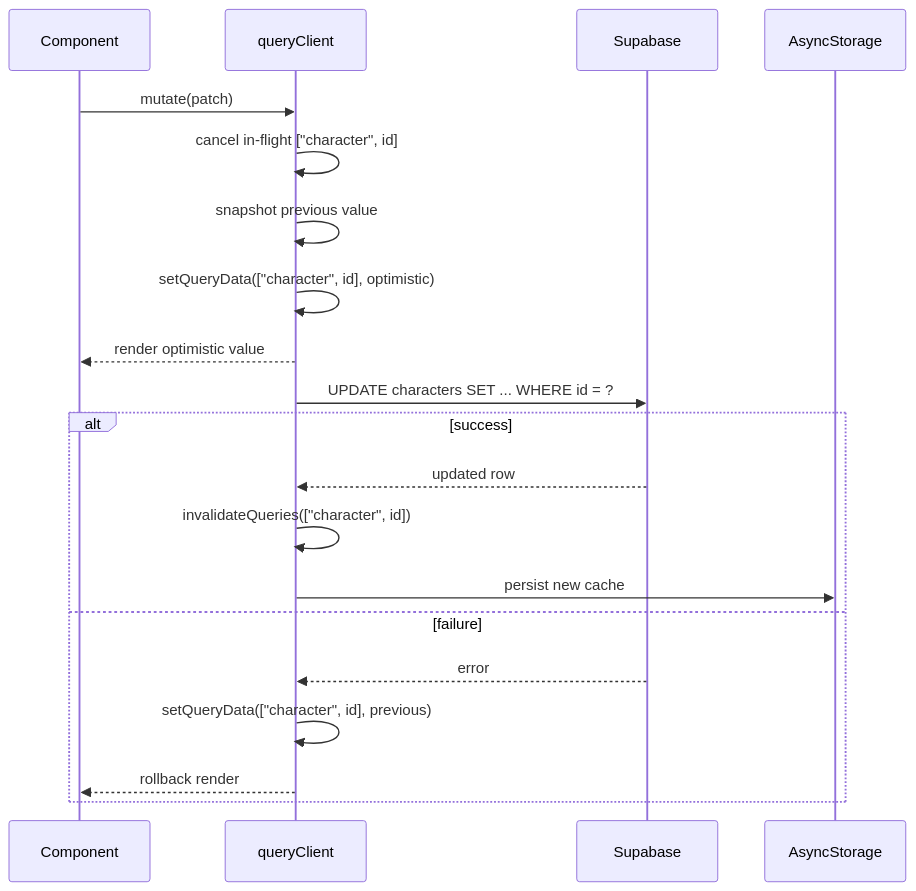
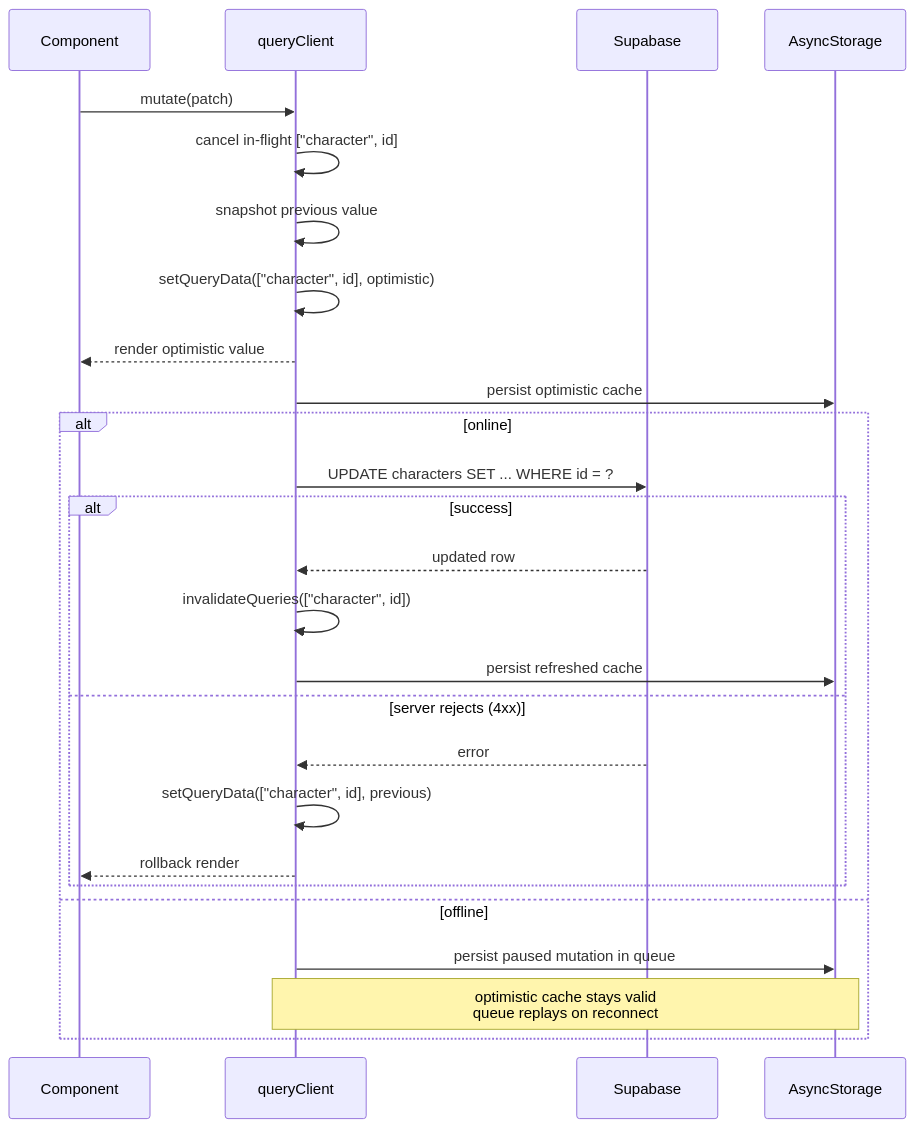
Before and after one commit to amlq-pl/dnd-app: the second of 4 diagrams in docs/local-state.md, drawn with Mermaid. The commit also changed other lines of this file and 1 other file, not shown here.

````diff
--- a/docs/local-state.md
+++ b/docs/local-state.md
@@ -76,23 +105,29 @@
 ```mermaid
 sequenceDiagram
     participant UI as Component
     participant RQ as queryClient
     participant SB as Supabase
     participant AS as AsyncStorage
 
     UI->>RQ: mutate(patch)
     RQ->>RQ: cancel in-flight ["character", id]
     RQ->>RQ: snapshot previous value
     RQ->>RQ: setQueryData(["character", id], optimistic)
     RQ-->>UI: render optimistic value
-    RQ->>SB: UPDATE characters SET ... WHERE id = ?
-    alt success
-        SB-->>RQ: updated row
-        RQ->>RQ: invalidateQueries(["character", id])
-        RQ->>AS: persist new cache
-    else failure
-        SB-->>RQ: error
-        RQ->>RQ: setQueryData(["character", id], previous)
-        RQ-->>UI: rollback render
+    RQ->>AS: persist optimistic cache
+    alt online
+        RQ->>SB: UPDATE characters SET ... WHERE id = ?
+        alt success
+            SB-->>RQ: updated row
+            RQ->>RQ: invalidateQueries(["character", id])
+            RQ->>AS: persist refreshed cache
+        else server rejects (4xx)
+            SB-->>RQ: error
+            RQ->>RQ: setQueryData(["character", id], previous)
+            RQ-->>UI: rollback render
+        end
+    else offline
+        RQ->>AS: persist paused mutation in queue
+        Note over RQ,AS: optimistic cache stays valid<br/>queue replays on reconnect
     end
 ```
````
